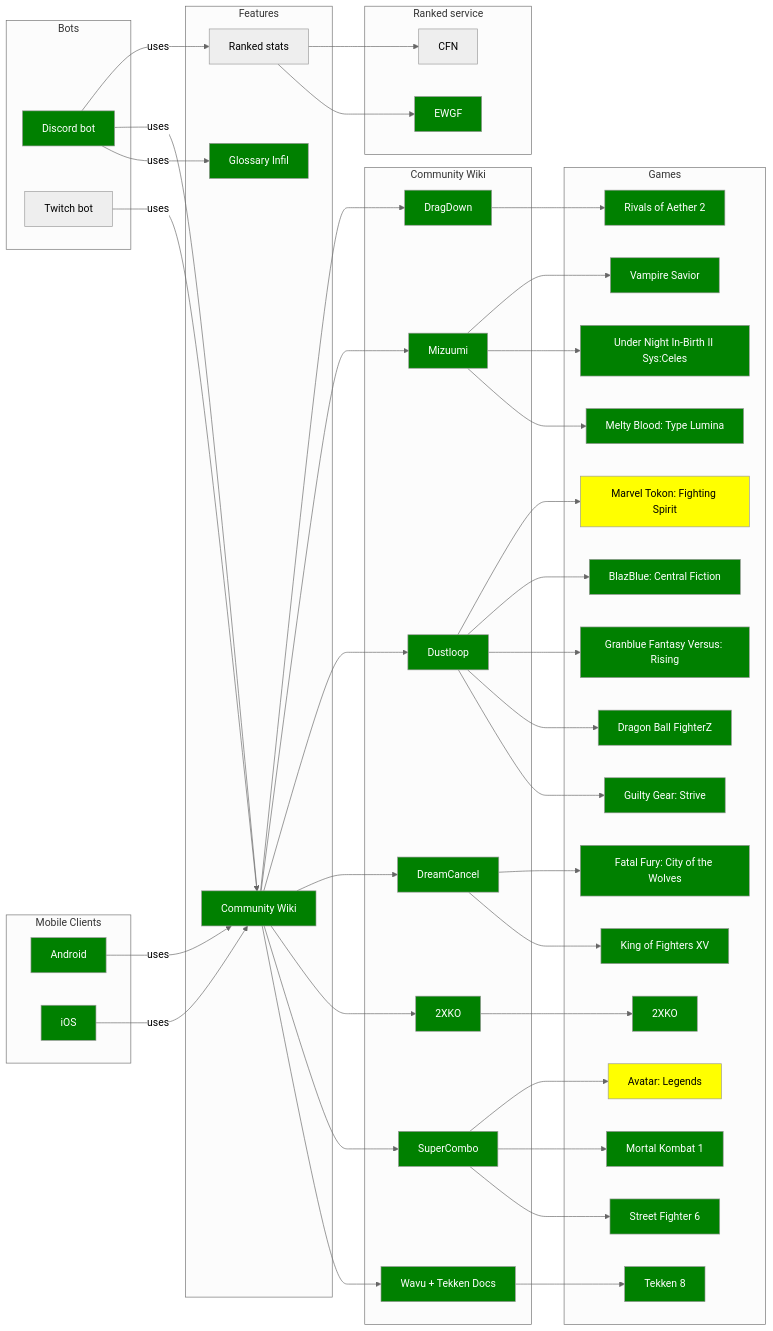
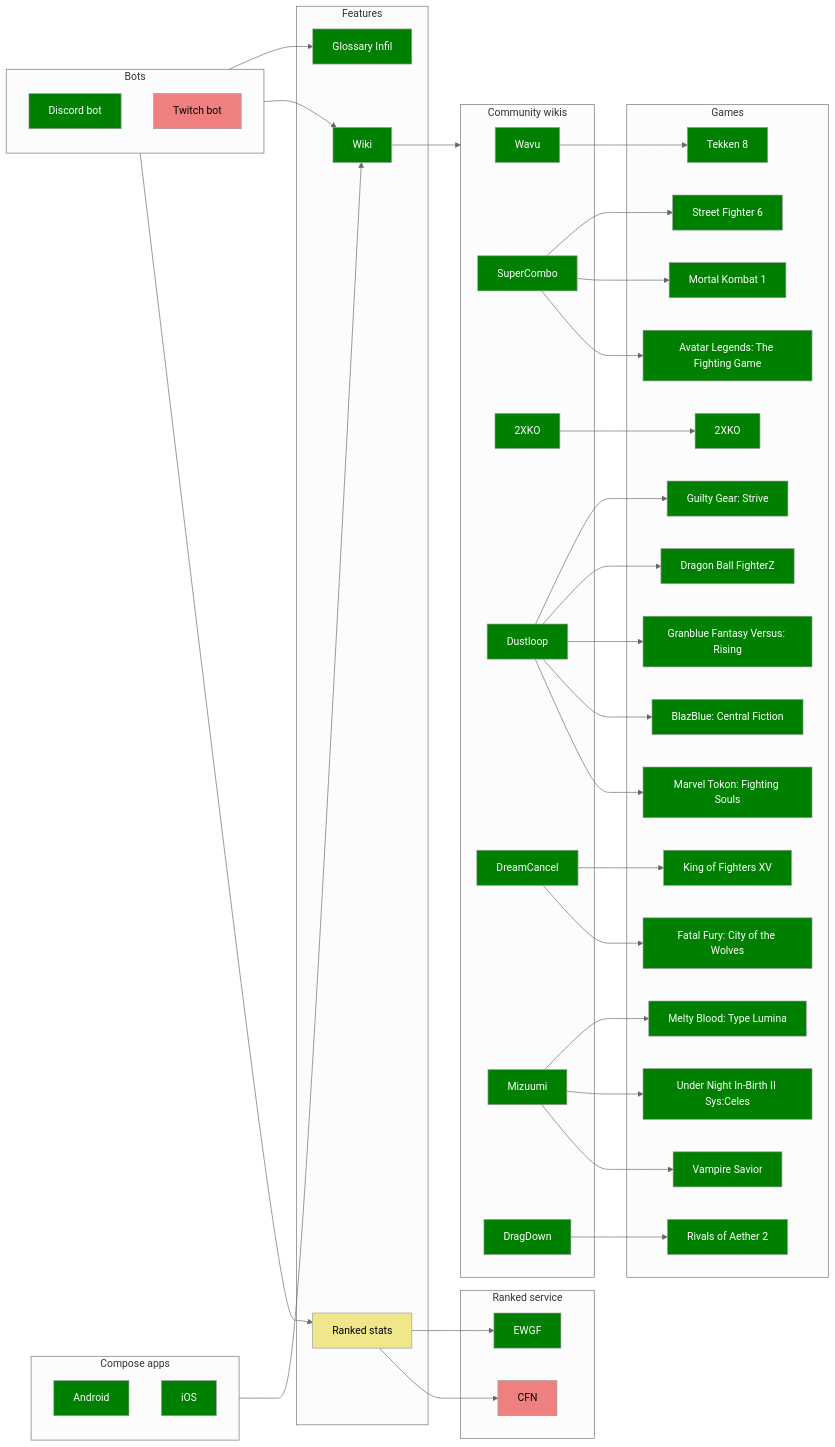
One commit to Sophon/FightingNerd changed the diagram in docs/modules.mmd. Above: the diagram before and after it, drawn with Mermaid (neutral theme).

Commit message:
docs (modules): rework

```diff
--- a/docs/modules.mmd
+++ b/docs/modules.mmd
@@ -1,121 +1,90 @@
 graph LR
-    classDef green fill:green,color:#000
-    classDef grey fill:lightgrey,color:#000
-    classDef yellow fill:#FFEB3B,color:#000
-
-    subgraph Bots
+    subgraph bots[Bots]
         discordBot[Discord bot]
         twitchBot[Twitch bot]
     end
 
-    subgraph "Mobile Clients"
+    subgraph compose[Compose apps]
         android[Android]
         iOS[iOS]
     end
 
     subgraph Features
         glossaryInfil[Glossary Infil]
-        communityWiki[Community Wiki]
+        wikiFeat[Wiki]
         elo[Ranked stats]
     end
 
-    subgraph Community Wiki
-        wikiWavu[Wavu + Tekken Docs]
+    subgraph wikiGraph[Community wikis]
+        wikiWavu[Wavu]
         supercombo[SuperCombo]
         2xko[2XKO]
         dustloop[Dustloop]
         dreamcancel[DreamCancel]
         mizuumi[Mizuumi]
         dragdown[DragDown]
     end
 
     subgraph Games
         t8[Tekken 8]
         sf6[Street Fighter 6]
         mk1[Mortal Kombat 1]
         ggst[Guilty Gear: Strive]
         dbfz[Dragon Ball FighterZ]
         gbvsr[Granblue Fantasy Versus: Rising]
         kof15[King of Fighters XV]
         cotw[Fatal Fury: City of the Wolves]
         xko[2XKO]
         melty[Melty Blood: Type Lumina]
         bbcf[BlazBlue: Central Fiction]
         uni2[Under Night In-Birth II Sys:Celes]
         vsav[Vampire Savior]
-        avl[Avatar: Legends]
+        avl[Avatar Legends: The Fighting Game]
         roa[Rivals of Aether 2]
-        mtfs[Marvel Tokon: Fighting Spirit]
+        mtfs[Marvel Tokon: Fighting Souls]
     end
 
     subgraph Ranked service
         ewgf[EWGF]
         cfn[CFN]
     end
 
-    android -->|uses| communityWiki
-    iOS -->|uses| communityWiki
+    compose --> wikiFeat
 
-    discordBot -->|uses| glossaryInfil
-    discordBot -->|uses| communityWiki
-    discordBot -->|uses| elo
-    twitchBot -->|uses| communityWiki
+    bots --> glossaryInfil
+    bots --> wikiFeat
+    bots --> elo
 
-    communityWiki --> wikiWavu
-    communityWiki --> supercombo
-    communityWiki --> 2xko
-    communityWiki --> dreamcancel
-    communityWiki --> dustloop
-    communityWiki --> mizuumi
-    communityWiki --> dragdown
+    wikiFeat --> wikiGraph
 
     elo --> ewgf
     elo --> cfn
 
     wikiWavu --> t8
     supercombo --> sf6
     supercombo --> mk1
     supercombo --> avl
     dustloop --> ggst
     dustloop --> dbfz
     dustloop --> gbvsr
     dustloop --> bbcf
     dustloop --> mtfs
     2xko --> xko
     dreamcancel --> kof15
     dreamcancel --> cotw
     mizuumi --> melty
     mizuumi --> uni2
     mizuumi --> vsav
     dragdown --> roa
 
+    classDef done fill:green,color:white
+    classDef inProgress fill:khaki,color:black
+    classDef planned fill:lightcoral,color:black
 
-    style discordBot fill:green, color:#fff
-    style android fill:green, color:#fff
-    style iOS fill:green, color:#fff
-    style glossaryInfil fill:green, color:#fff
-    style communityWiki fill:green, color:#fff
-    style wikiWavu fill:green, color:#fff
-    style supercombo fill:green, color:#fff
-    style dreamcancel fill:green, color:#fff
-    style dustloop fill:green, color:#fff
-    style mizuumi fill:green, color:#fff
-    style dragdown fill:green, color:#fff
-    style 2xko fill:green, color:#fff
-    style t8 fill:green, color:#fff
-    style sf6 fill:green, color:#fff
-    style xko fill:green, color:#fff
-    style kof15 fill:green, color:#fff
-    style cotw fill:green, color:#fff
-    style ggst fill:green, color:#fff
-    style mk1 fill:green, color:#fff
-    style dbfz fill:green, color:#fff
-    style gbvsr fill:green, color:#fff
-    style melty fill:green, color:#fff
-    style bbcf fill:green, color:#fff
-    style uni2 fill:green, color:#fff
-    style vsav fill:green, color:#fff
-    style ewgf fill:green, color:#fff
-    style avl fill:yellow, color:#000
-    style mtfs fill:yellow, color:#000
-    style roa fill:green, color:#fff
+    class discordBot,android,iOS done
+    class glossaryInfil,wikiFeat done
+    class wikiWavu,supercombo,2xko,dustloop,dreamcancel,mizuumi,dragdown done
+    class t8,sf6,mk1,avl,ggst,dbfz,gbvsr,bbcf,mtfs,xko,kof15,cotw,melty,uni2,vsav,roa done
+    class ewgf done
+    class elo inProgress
+    class twitchBot,cfn planned
```
